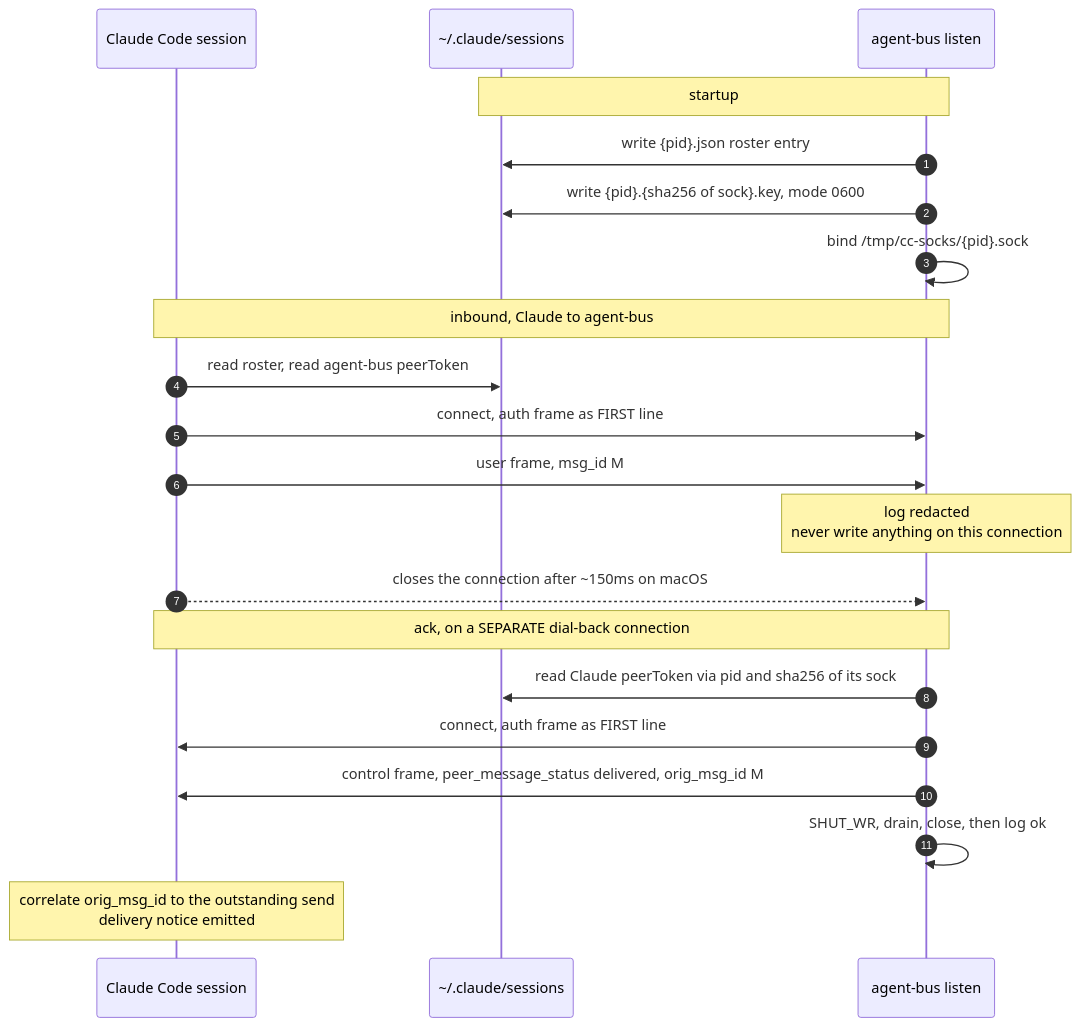
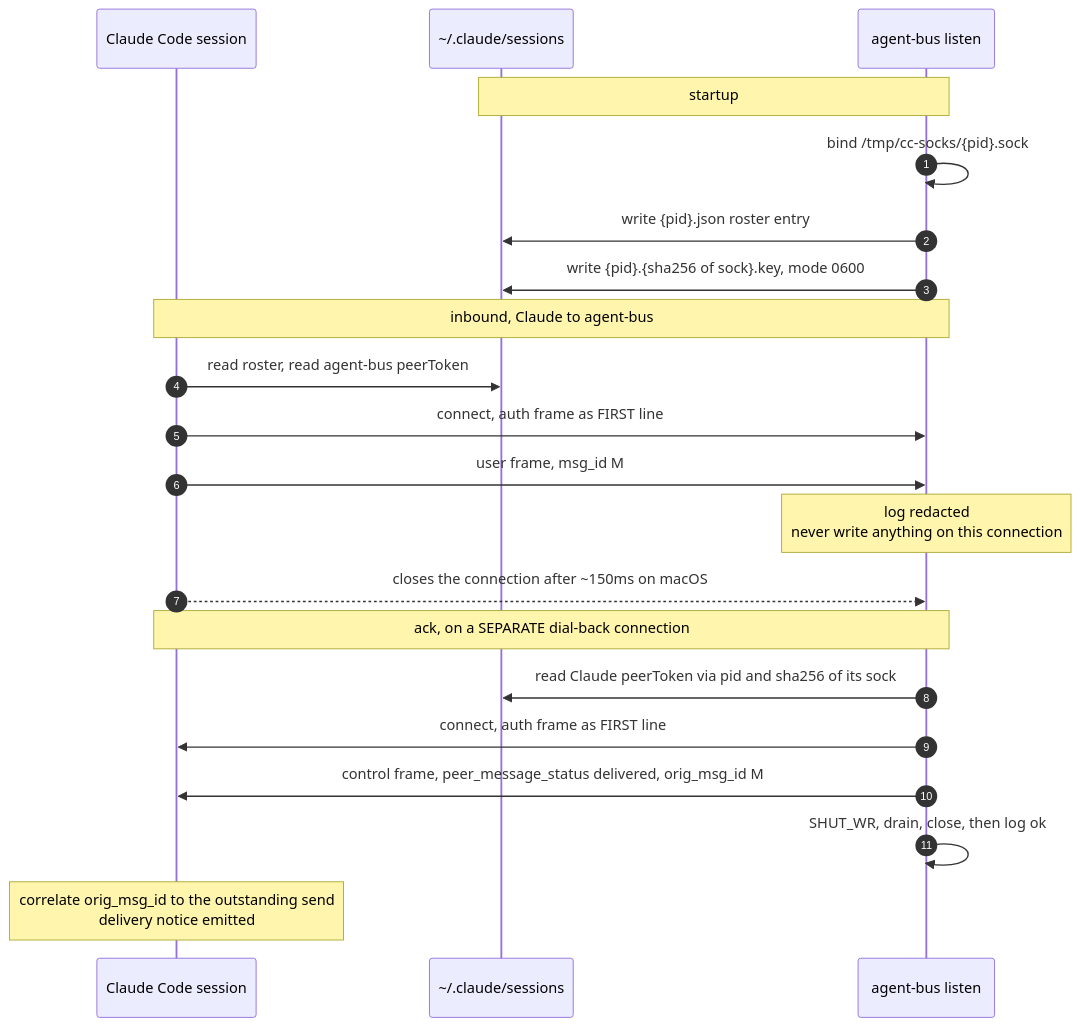
The first of 2 diagrams in docs/UDS-protocol.md (danbarua/agent-bus), drawn with Mermaid before and after one commit. The commit also changed other lines of this file and 3 other files, not shown here.

````diff
--- a/docs/UDS-protocol.md
+++ b/docs/UDS-protocol.md
@@ -40,26 +40,26 @@
 ```mermaid
 sequenceDiagram
     autonumber
     participant CC as Claude Code session
     participant FS as ~/.claude/sessions
     participant AB as agent-bus listen
 
     Note over AB,FS: startup
+    AB->>AB: bind /tmp/cc-socks/{pid}.sock
     AB->>FS: write {pid}.json roster entry
     AB->>FS: write {pid}.{sha256 of sock}.key, mode 0600
-    AB->>AB: bind /tmp/cc-socks/{pid}.sock
 
     Note over CC,AB: inbound, Claude to agent-bus
     CC->>FS: read roster, read agent-bus peerToken
     CC->>AB: connect, auth frame as FIRST line
     CC->>AB: user frame, msg_id M
     Note over AB: log redacted<br/>never write anything on this connection
     CC-->>AB: closes the connection after ~150ms on macOS
 
     Note over AB,CC: ack, on a SEPARATE dial-back connection
     AB->>FS: read Claude peerToken via pid and sha256 of its sock
     AB->>CC: connect, auth frame as FIRST line
     AB->>CC: control frame, peer_message_status delivered, orig_msg_id M
     AB->>AB: SHUT_WR, drain, close, then log ok
     Note over CC: correlate orig_msg_id to the outstanding send<br/>delivery notice emitted
 ```
````
